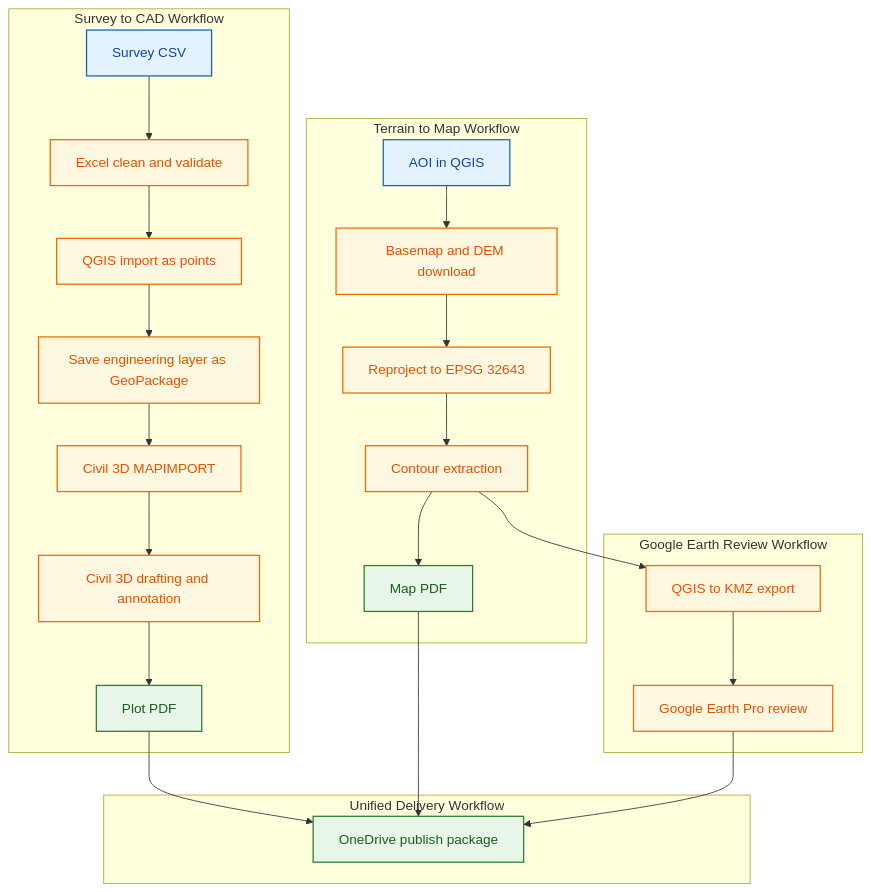
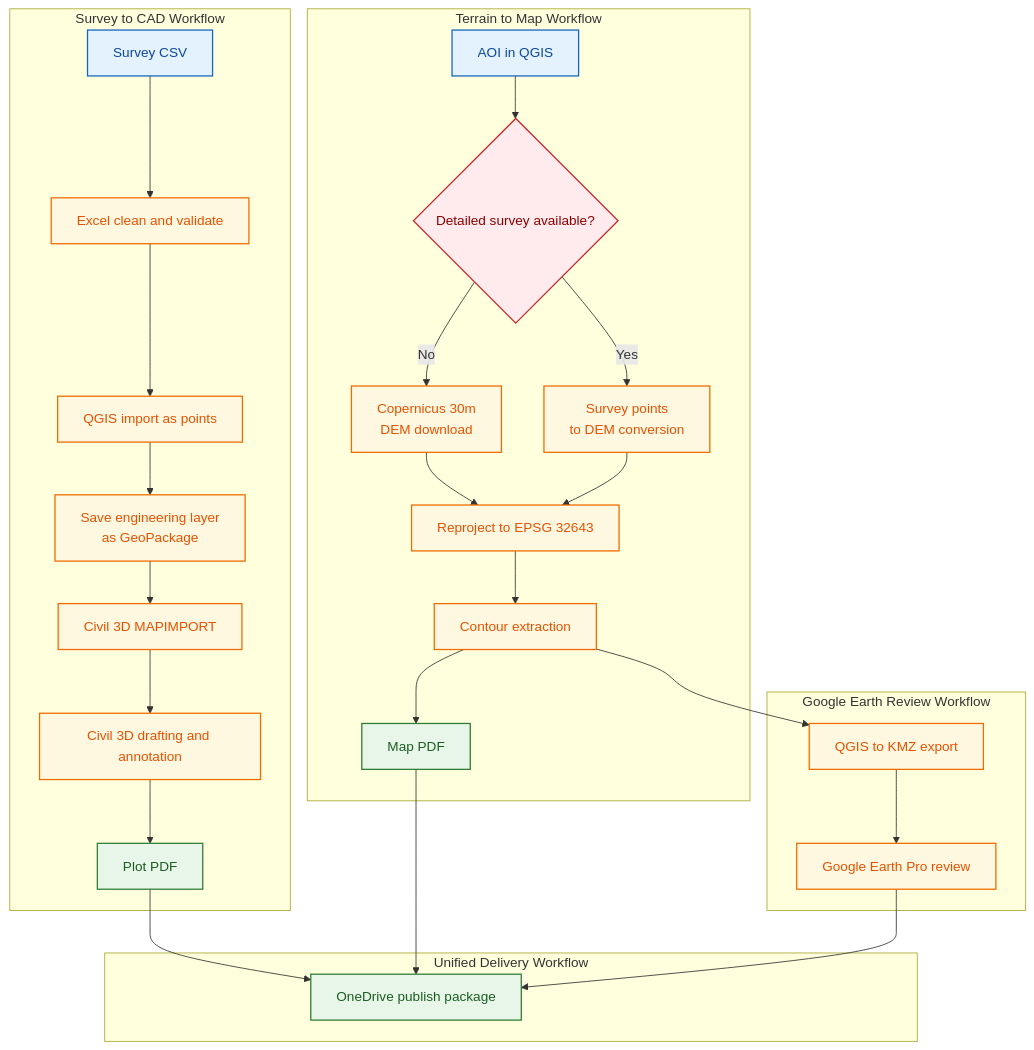
The first of 4 diagrams in docs/interoperability-workflow.md (PrathamGitHub/Geo-CAD-Practical-Reference), drawn with Mermaid before and after one commit. The commit also changed other lines of this file and 8 other files, not shown here.

````diff
--- a/docs/interoperability-workflow.md
+++ b/docs/interoperability-workflow.md
@@ -32,40 +39,44 @@
 ```mermaid
 flowchart TD
     subgraph SurveyCad[Survey to CAD Workflow]
         A[Survey CSV] --> B[Excel clean and validate]
         B --> C[QGIS import as points]
-        C --> D[Save engineering layer as GeoPackage]
+        C --> D[Save engineering layer <br> as GeoPackage]
         D --> E[Civil 3D MAPIMPORT]
         E --> F[Civil 3D drafting and annotation]
         F --> G[Plot PDF]
     end
 
     subgraph TerrainMap[Terrain to Map Workflow]
-        H[AOI in QGIS] --> I[Basemap and DEM download]
-        I --> J[Reproject to EPSG 32643]
-        J --> K[Contour extraction]
-        K --> L[Map PDF]
+        H[AOI in QGIS] --> I{Detailed survey available?}
+        I -->|No| J[Copernicus 30m <br> DEM download]
+        I -->|Yes| K[Survey points <br> to DEM conversion]
+        J --> L[Reproject to EPSG 32643]
+        K --> L
+        L --> M[Contour extraction]
+        M --> N[Map PDF]
     end
 
     subgraph EarthReview[Google Earth Review Workflow]
-        K --> M[QGIS to KMZ export]
-        M --> N[Google Earth Pro review]
+        M --> O[QGIS to KMZ export]
+        O --> P[Google Earth Pro review]
     end
 
     subgraph Publish[Unified Delivery Workflow]
-        O[OneDrive publish package]
+        Q[OneDrive publish package]
     end
 
-    G --> O
-    L --> O
-    N --> O
+    G --> Q
+    N --> Q
+    P --> Q
 
     classDef input fill:#e3f2fd,stroke:#1565c0,stroke-width:1.5px,color:#0d47a1;
     classDef process fill:#fff8e1,stroke:#ef6c00,stroke-width:1.5px,color:#e65100;
     classDef decision fill:#ffebee,stroke:#c62828,stroke-width:1.5px,color:#8e0000;
     classDef output fill:#e8f5e9,stroke:#2e7d32,stroke-width:1.5px,color:#1b5e20;
 
     class A,H input;
-    class B,C,D,E,F,I,J,K,M,N process;
-    class G,L,O output;
+    class B,C,D,E,F,J,K,L,M,O,P process;
+    class I decision;
+    class G,N,Q output;
 ```
````
